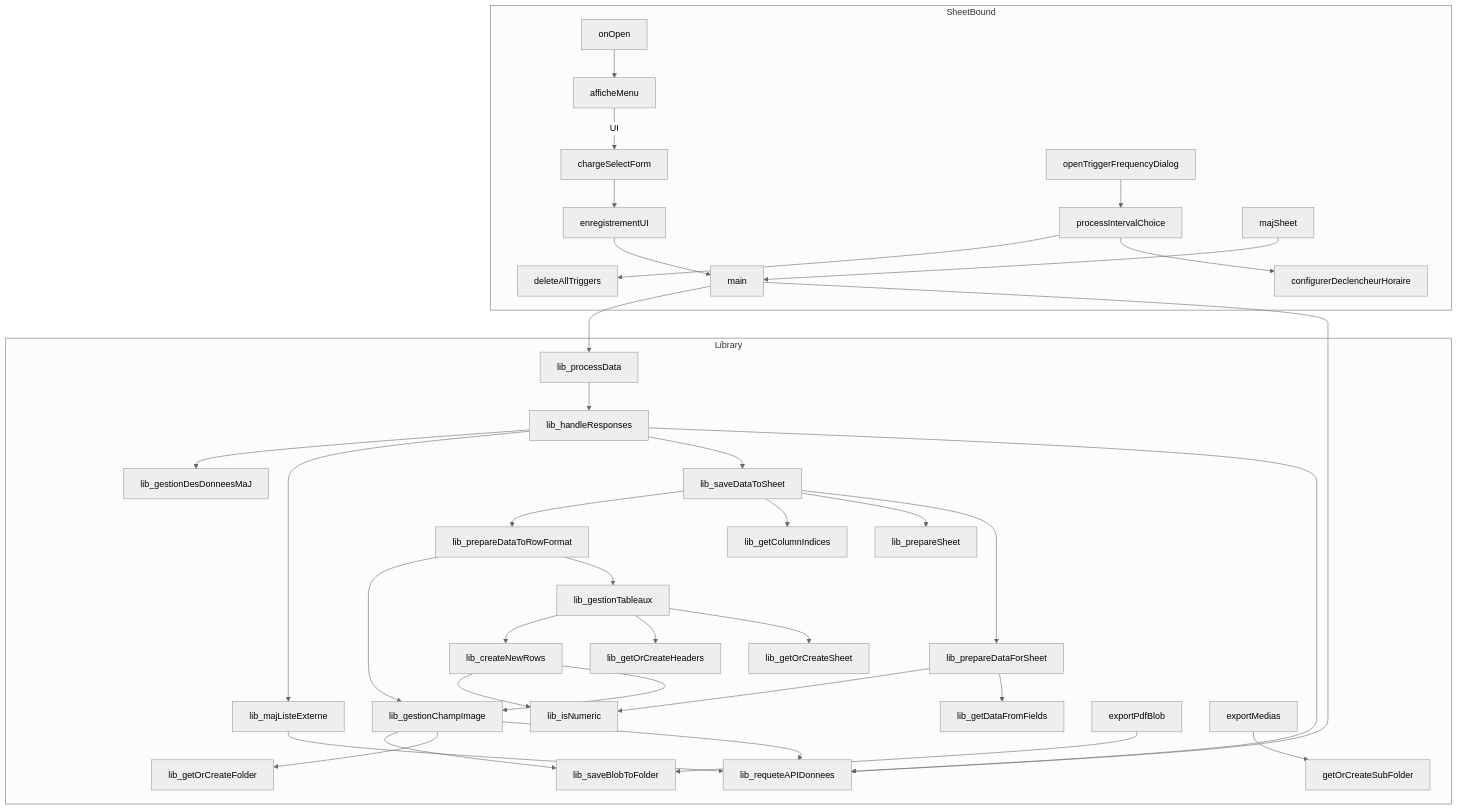
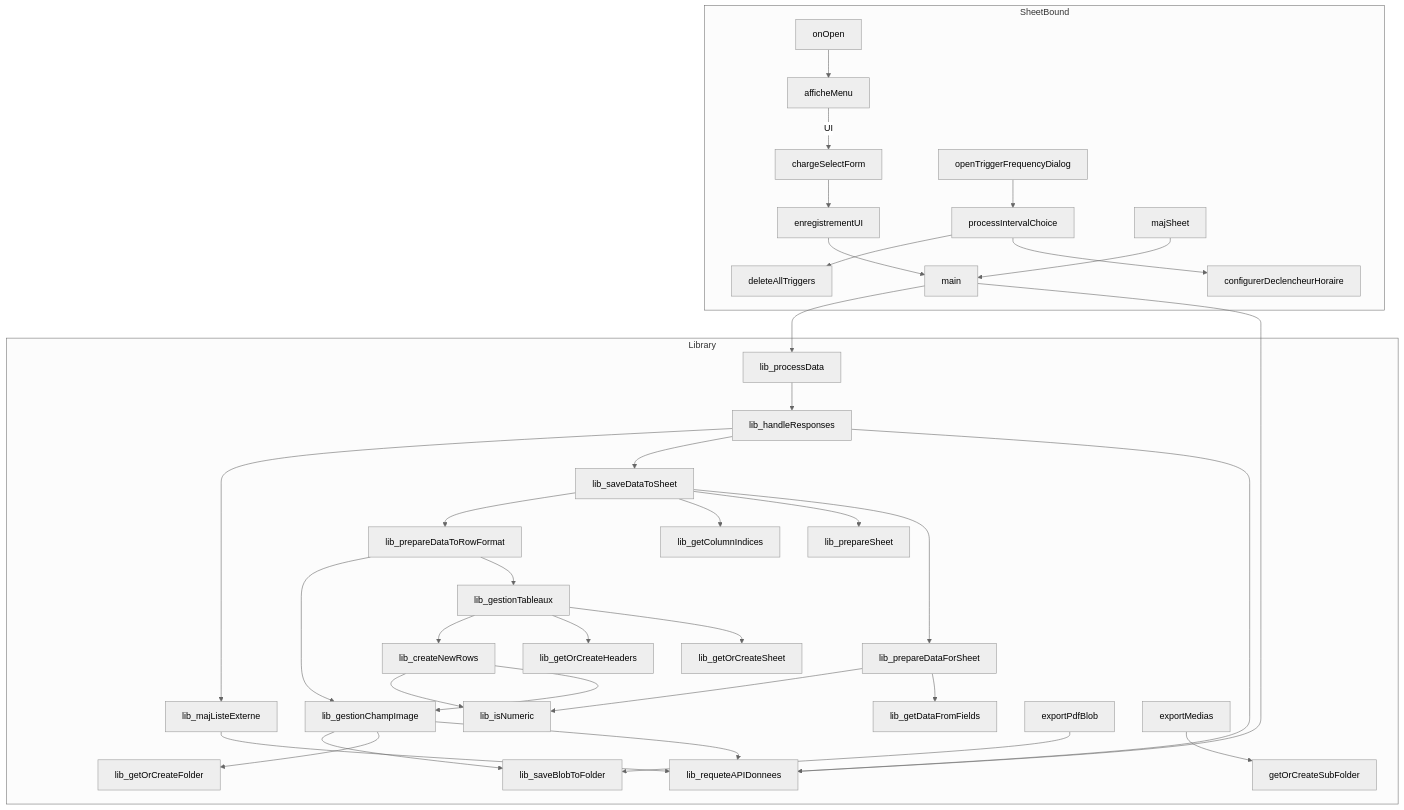
One commit to jS0nn/api-kizeo-bq changed the fourth of 4 diagrams in context-kizeo.md. Above: the diagram before and after it, drawn with Mermaid (neutral theme). The commit also changed other lines of this file and 8 other files, not shown here.

````diff
--- a/context-kizeo.md
+++ b/context-kizeo.md
@@ -261,41 +252,40 @@
 ```mermaid
 graph TD
     subgraph SheetBound
         onOpen --> afficheMenu
         afficheMenu -->|UI| chargeSelectForm
         chargeSelectForm --> enregistrementUI
         enregistrementUI --> main
         openTriggerFrequencyDialog --> processIntervalChoice
         processIntervalChoice --> configurerDeclencheurHoraire
         processIntervalChoice --> deleteAllTriggers
         majSheet --> main
     end
     subgraph Library
         main --> lib_requeteAPIDonnees
         main --> lib_processData
         lib_processData --> lib_handleResponses
         lib_handleResponses --> lib_requeteAPIDonnees
         lib_handleResponses --> lib_saveDataToSheet
         lib_handleResponses --> lib_majListeExterne
-        lib_handleResponses --> lib_gestionDesDonneesMaJ
         lib_saveDataToSheet --> lib_prepareDataForSheet
         lib_saveDataToSheet --> lib_prepareSheet
         lib_saveDataToSheet --> lib_getColumnIndices
         lib_saveDataToSheet --> lib_prepareDataToRowFormat
         lib_prepareDataForSheet --> lib_getDataFromFields
         lib_prepareDataForSheet --> lib_isNumeric
         lib_prepareDataToRowFormat --> lib_gestionTableaux
         lib_prepareDataToRowFormat --> lib_gestionChampImage
         lib_gestionTableaux --> lib_getOrCreateSheet
         lib_gestionTableaux --> lib_getOrCreateHeaders
         lib_gestionTableaux --> lib_createNewRows
         lib_createNewRows --> lib_gestionChampImage
         lib_createNewRows --> lib_isNumeric
         lib_gestionChampImage --> lib_requeteAPIDonnees
         lib_gestionChampImage --> lib_getOrCreateFolder
         lib_gestionChampImage --> lib_saveBlobToFolder
         lib_majListeExterne --> lib_requeteAPIDonnees
         exportPdfBlob --> lib_saveBlobToFolder
         exportMedias --> getOrCreateSubFolder
     end
 ```
````
